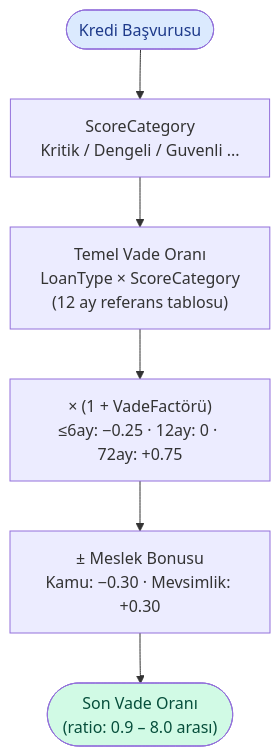
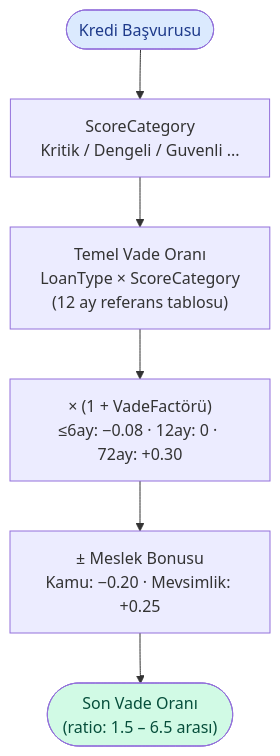
Before and after one commit to js-lover/credit-case: the third of 8 diagrams in README.md, drawn with Mermaid. The commit also changed other lines of this file and 1 other file, not shown here.

````diff
--- a/README.md
+++ b/README.md
@@ -553,11 +555,11 @@
 ```mermaid
 flowchart TD
     START([Kredi Başvurusu]) --> CAT["ScoreCategory\nKritik / Dengeli / Guvenli ..."]
     CAT --> BASE["Temel Vade Oranı\nLoanType × ScoreCategory\n(12 ay referans tablosu)"]
-    BASE --> TF["× (1 + VadeFactörü)\n≤6ay: −0.25 · 12ay: 0 · 72ay: +0.75"]
-    TF --> MB["± Meslek Bonusu\nKamu: −0.30 · Mevsimlik: +0.30"]
-    MB --> RATE(["Son Vade Oranı\n(ratio: 0.9 – 8.0 arası)"])
+    BASE --> TF["× (1 + VadeFactörü)\n≤6ay: −0.08 · 12ay: 0 · 72ay: +0.30"]
+    TF --> MB["± Meslek Bonusu\nKamu: −0.20 · Mevsimlik: +0.25"]
+    MB --> RATE(["Son Vade Oranı\n(ratio: 1.5 – 6.5 arası)"])
 
     style START fill:#dbeafe,color:#1e3a8a
     style RATE fill:#d1fae5,color:#064e3b
 ```
````
